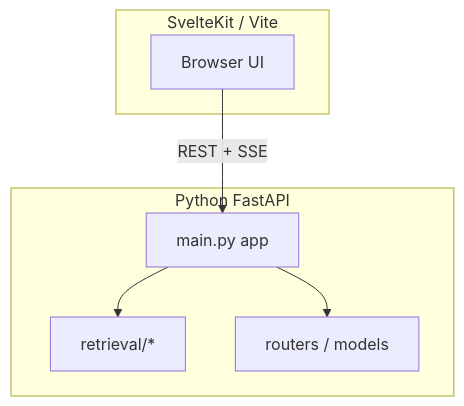
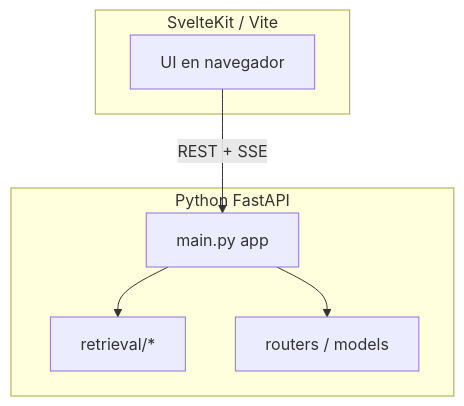
One commit to 13g4d0/docu-es changed the first of 2 diagrams in docs/as-built/open-webui-software.md. Above: the diagram before and after it, drawn with Mermaid. The commit also changed other lines of this file and 38 other files, not shown here.

````diff
--- a/docs/as-built/open-webui-software.md
+++ b/docs/as-built/open-webui-software.md
@@ -11,16 +11,16 @@
 ```mermaid
 flowchart TB
   subgraph frontend [SvelteKit / Vite]
-    UI[Browser UI]
+    UI[UI en navegador]
   end
 
   subgraph backend [Python FastAPI]
     MAIN[main.py app]
     RAG[retrieval/*]
     MODELS[routers / models]
     MAIN --> RAG
     MAIN --> MODELS
   end
 
   UI -->|REST + SSE| MAIN
 ```
````
